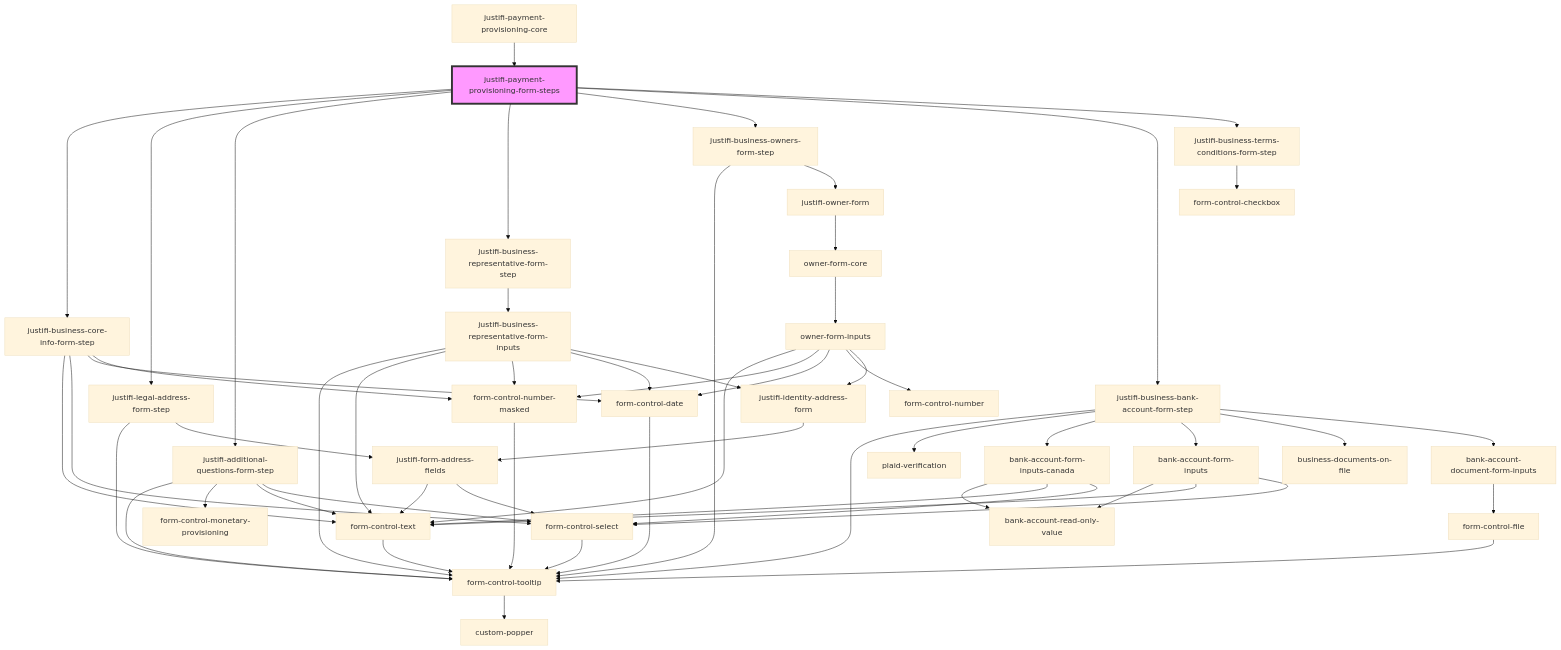
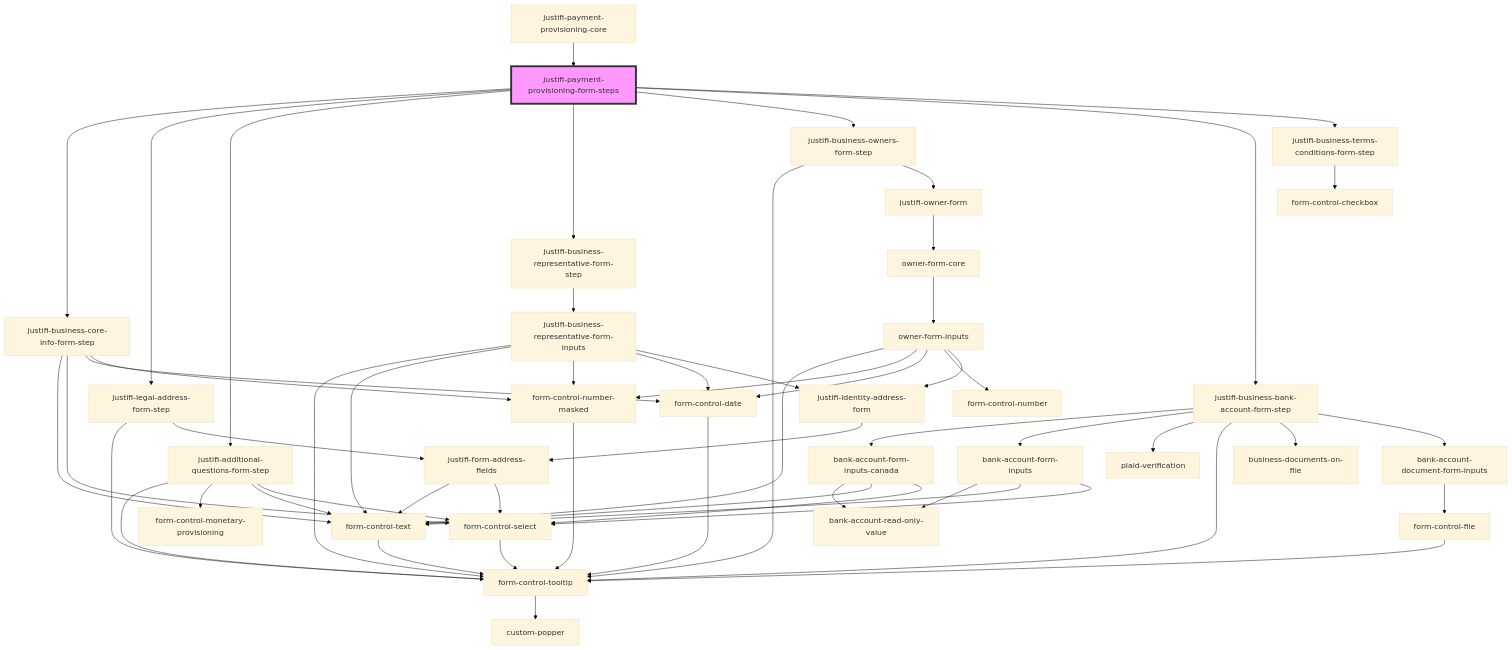
The diagram in packages/webcomponents/src/components/business-forms/payment-provisioning/readme.md (justifi-tech/web-component-library), drawn with Mermaid (base theme) before and after one commit. The commit also changed other lines of this file and 7 other files, not shown here.

````diff
--- a/packages/webcomponents/src/components/business-forms/payment-provisioning/readme.md
+++ b/packages/webcomponents/src/components/business-forms/payment-provisioning/readme.md
@@ -53,60 +54,60 @@
 ```mermaid
 graph TD;
   justifi-payment-provisioning-form-steps --> justifi-business-core-info-form-step
   justifi-payment-provisioning-form-steps --> justifi-legal-address-form-step
   justifi-payment-provisioning-form-steps --> justifi-additional-questions-form-step
   justifi-payment-provisioning-form-steps --> justifi-business-representative-form-step
   justifi-payment-provisioning-form-steps --> justifi-business-owners-form-step
   justifi-payment-provisioning-form-steps --> justifi-business-bank-account-form-step
   justifi-payment-provisioning-form-steps --> justifi-business-terms-conditions-form-step
   justifi-business-core-info-form-step --> form-control-text
   justifi-business-core-info-form-step --> form-control-select
   justifi-business-core-info-form-step --> form-control-date
   justifi-business-core-info-form-step --> form-control-number-masked
   form-control-text --> form-control-tooltip
   form-control-tooltip --> custom-popper
   form-control-select --> form-control-tooltip
   form-control-date --> form-control-tooltip
   form-control-number-masked --> form-control-tooltip
   justifi-legal-address-form-step --> form-control-tooltip
   justifi-legal-address-form-step --> justifi-form-address-fields
   justifi-form-address-fields --> form-control-text
   justifi-form-address-fields --> form-control-select
   justifi-additional-questions-form-step --> form-control-tooltip
   justifi-additional-questions-form-step --> form-control-monetary-provisioning
   justifi-additional-questions-form-step --> form-control-text
   justifi-additional-questions-form-step --> form-control-select
   justifi-business-representative-form-step --> justifi-business-representative-form-inputs
   justifi-business-representative-form-inputs --> form-control-tooltip
   justifi-business-representative-form-inputs --> form-control-text
   justifi-business-representative-form-inputs --> form-control-number-masked
   justifi-business-representative-form-inputs --> form-control-date
   justifi-business-representative-form-inputs --> justifi-identity-address-form
   justifi-identity-address-form --> justifi-form-address-fields
   justifi-business-owners-form-step --> form-control-tooltip
   justifi-business-owners-form-step --> justifi-owner-form
   justifi-owner-form --> owner-form-core
   owner-form-core --> owner-form-inputs
   owner-form-inputs --> form-control-text
   owner-form-inputs --> form-control-number-masked
   owner-form-inputs --> form-control-date
   owner-form-inputs --> form-control-number
   owner-form-inputs --> justifi-identity-address-form
-  justifi-business-bank-account-form-step --> form-control-tooltip
-  justifi-business-bank-account-form-step --> plaid-verification
   justifi-business-bank-account-form-step --> bank-account-form-inputs-canada
   justifi-business-bank-account-form-step --> bank-account-form-inputs
+  justifi-business-bank-account-form-step --> plaid-verification
+  justifi-business-bank-account-form-step --> form-control-tooltip
   justifi-business-bank-account-form-step --> business-documents-on-file
   justifi-business-bank-account-form-step --> bank-account-document-form-inputs
   bank-account-form-inputs-canada --> bank-account-read-only-value
   bank-account-form-inputs-canada --> form-control-text
   bank-account-form-inputs-canada --> form-control-select
   bank-account-form-inputs --> bank-account-read-only-value
   bank-account-form-inputs --> form-control-text
   bank-account-form-inputs --> form-control-select
   bank-account-document-form-inputs --> form-control-file
   form-control-file --> form-control-tooltip
   justifi-business-terms-conditions-form-step --> form-control-checkbox
   justifi-payment-provisioning-core --> justifi-payment-provisioning-form-steps
   style justifi-payment-provisioning-form-steps fill:#f9f,stroke:#333,stroke-width:4px
 ```
````
